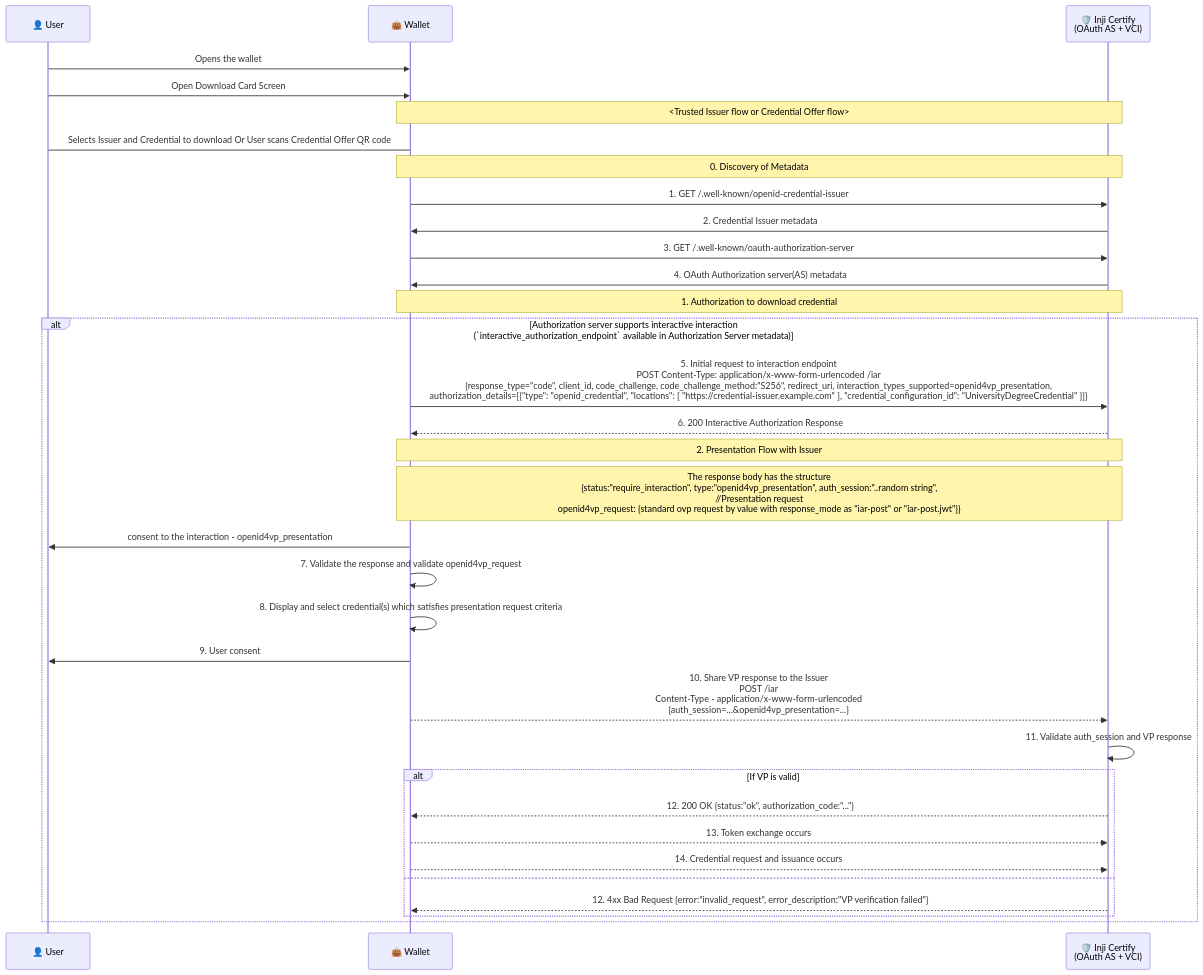
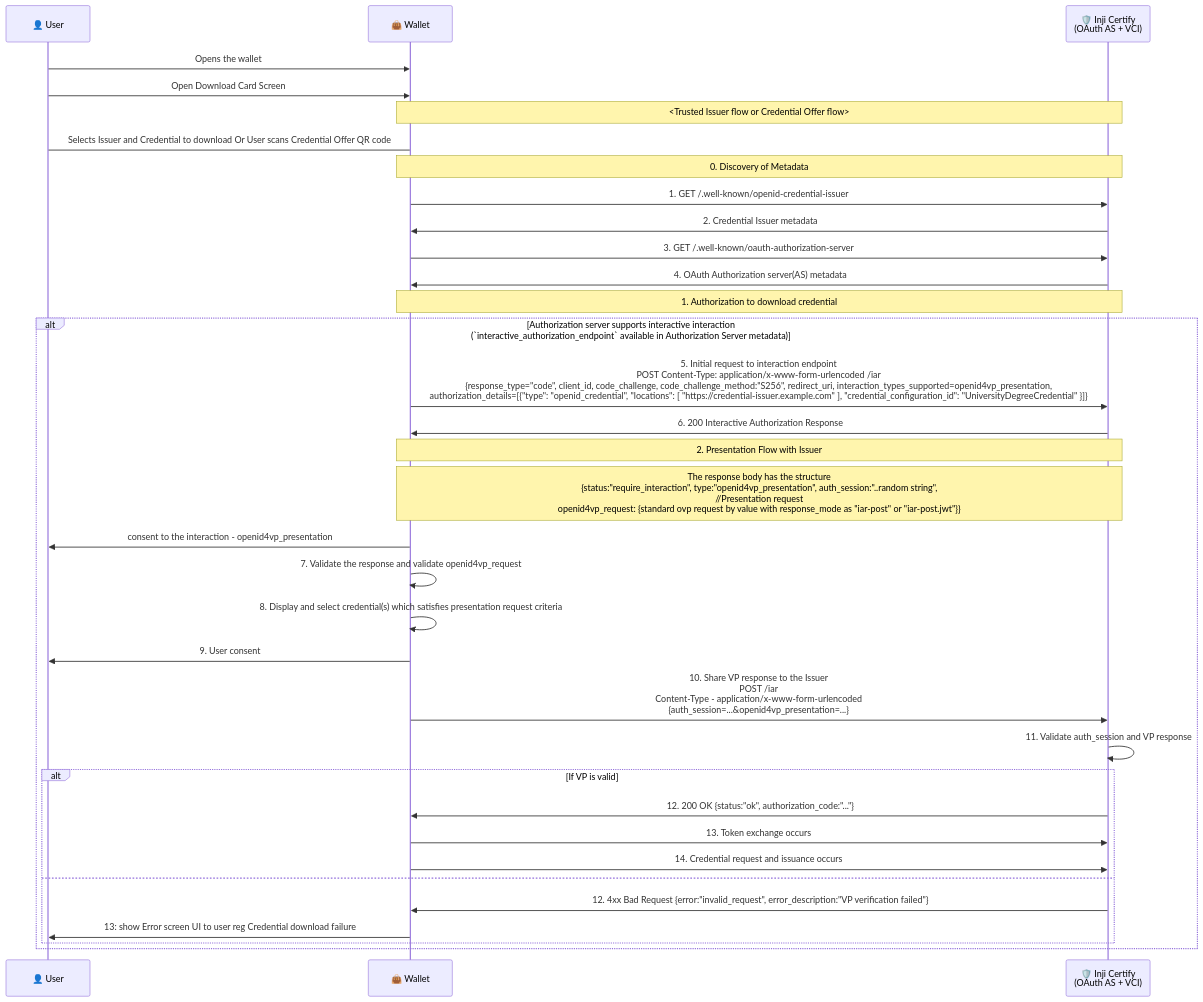
The first of 2 diagrams in docs/presentation-during-issuance.md (inji/inji-wallet), drawn with Mermaid before and after one commit. The commit also changed other lines of this file, not shown here.

Commit message:
[INJIMOB-3601] docs: modify arrow type in sequence diagrams

````diff
--- a/docs/presentation-during-issuance.md
+++ b/docs/presentation-during-issuance.md
@@ -37,36 +37,37 @@
 ```mermaid
 sequenceDiagram
     participant user as 👤 User
     participant wallet as 👜 Wallet
     participant issuer as 🛡️ Inji Certify<br/>(OAuth AS + VCI)
 
     user->>wallet: Opens the wallet
     user->>wallet: Open Download Card Screen
     Note over wallet,issuer: <Trusted Issuer flow or Credential Offer flow>
     user->wallet: Selects Issuer and Credential to download Or User scans Credential Offer QR code
     Note over wallet,issuer: 0. Discovery of Metadata
     wallet->>issuer: 1. GET /.well-known/openid-credential-issuer
     issuer->>wallet: 2. Credential Issuer metadata
     wallet->>issuer: 3. GET /.well-known/oauth-authorization-server
     issuer->>wallet: 4. OAuth Authorization server(AS) metadata
     Note over wallet,issuer: 1. Authorization to download credential
     alt Authorization server supports interactive interaction <br/>(`interactive_authorization_endpoint` available in Authorization Server metadata)
         wallet->>issuer: 5. Initial request to interaction endpoint <br/>POST Content-Type: application/x-www-form-urlencoded /iar<br/>{response_type="code", client_id, code_challenge, code_challenge_method:"S256", redirect_uri, interaction_types_supported=openid4vp_presentation, <br/>authorization_details=[{"type": "openid_credential", "locations": [ "https://credential-issuer.example.com" ], "credential_configuration_id": "UniversityDegreeCredential" }]}
-        issuer-->>wallet: 6. 200 Interactive Authorization Response
+        issuer->>wallet: 6. 200 Interactive Authorization Response
         Note over wallet,issuer: 2. Presentation Flow with Issuer
         Note over wallet, issuer: The response body has the structure<br/>{status:"require_interaction", type:"openid4vp_presentation", auth_session:"..random string",<br/>//Presentation request<br/>openid4vp_request: {standard ovp request by value with response_mode as "iar-post" or "iar-post.jwt"}}
         wallet ->> user : consent to the interaction - openid4vp_presentation
         wallet->>wallet: 7. Validate the response and validate openid4vp_request
         wallet->>wallet: 8. Display and select credential(s) which satisfies presentation request criteria
         wallet->>user: 9. User consent
-        wallet-->>issuer: 10. Share VP response to the Issuer <br/>POST /iar<br/>Content-Type - application/x-www-form-urlencoded<br/>{auth_session=...&openid4vp_presentation=...}
+        wallet->>issuer: 10. Share VP response to the Issuer <br/>POST /iar<br/>Content-Type - application/x-www-form-urlencoded<br/>{auth_session=...&openid4vp_presentation=...}
         issuer->>issuer: 11. Validate auth_session and VP response
         alt If VP is valid
-            issuer-->>wallet: 12. 200 OK {status:"ok", authorization_code:"..."}
-            wallet-->>issuer: 13. Token exchange occurs
-            wallet-->>issuer: 14. Credential request and issuance occurs
+            issuer->>wallet: 12. 200 OK {status:"ok", authorization_code:"..."}
+            wallet->>issuer: 13. Token exchange occurs
+            wallet->>issuer: 14. Credential request and issuance occurs
         else
-            issuer-->>wallet: 12. 4xx Bad Request {error:"invalid_request", error_description:"VP verification failed"}
+            issuer->>wallet: 12. 4xx Bad Request {error:"invalid_request", error_description:"VP verification failed"}
+            wallet ->> user: 13: show Error screen UI to user reg Credential download failure
         end
     end
 ```
````
